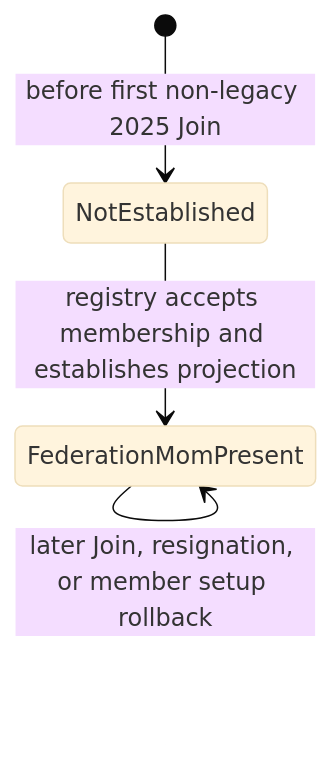
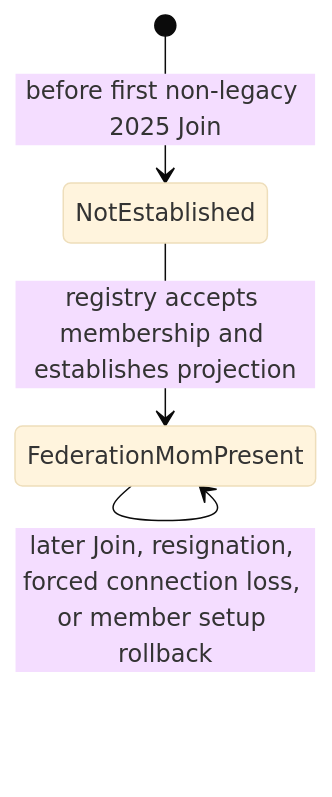
One commit to sheepfling/umbra changed the third of 16 diagrams in docs/design/HLA-2025-FEDERATION-MOM-FLOW-GUIDE.md. Above: the diagram before and after it, drawn with Mermaid (base theme). The commit also changed other lines of this file and 668 other files, not shown here.

````diff
--- a/docs/design/HLA-2025-FEDERATION-MOM-FLOW-GUIDE.md
+++ b/docs/design/HLA-2025-FEDERATION-MOM-FLOW-GUIDE.md
@@ -120,6 +165,6 @@
 ```mermaid
 stateDiagram-v2
   [*] --> NotEstablished: before first non-legacy 2025 Join
   NotEstablished --> FederationMomPresent: registry accepts membership and establishes projection
-  FederationMomPresent --> FederationMomPresent: later Join, resignation, or member setup rollback
+  FederationMomPresent --> FederationMomPresent: later Join, resignation, forced connection loss, or member setup rollback
 ```
````
